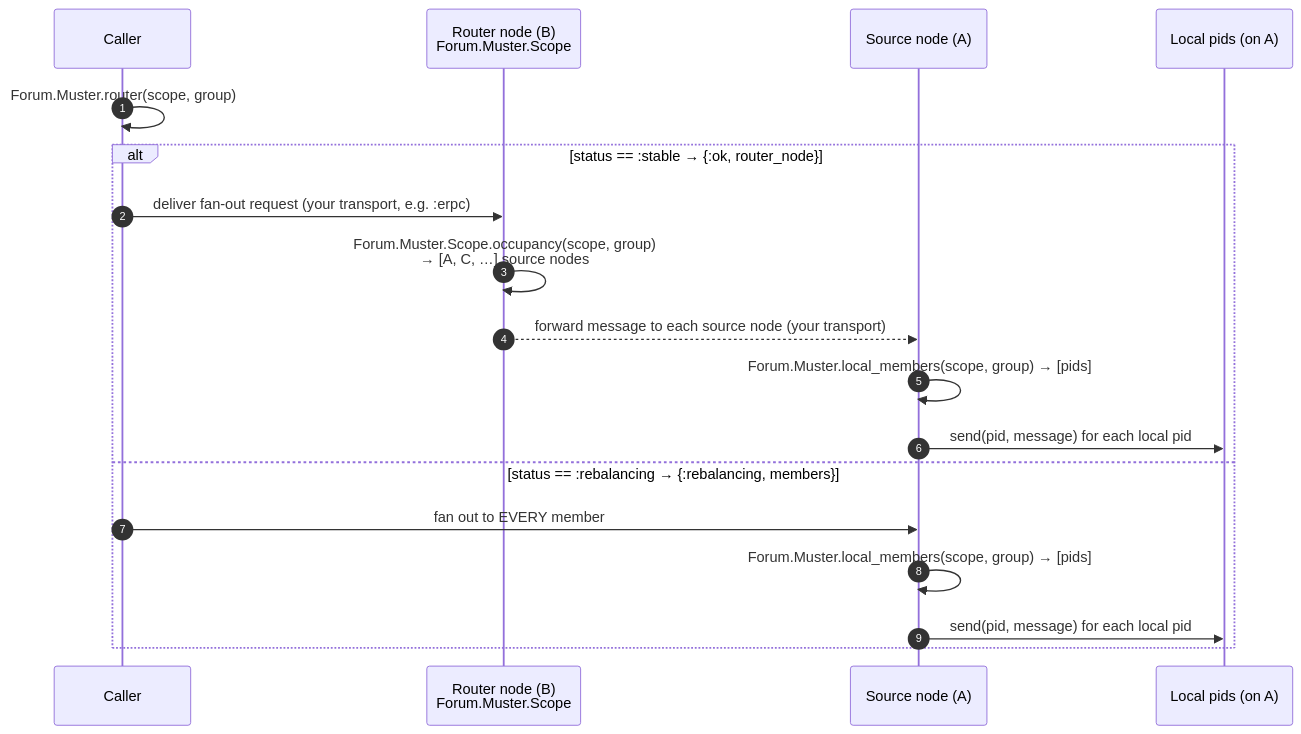
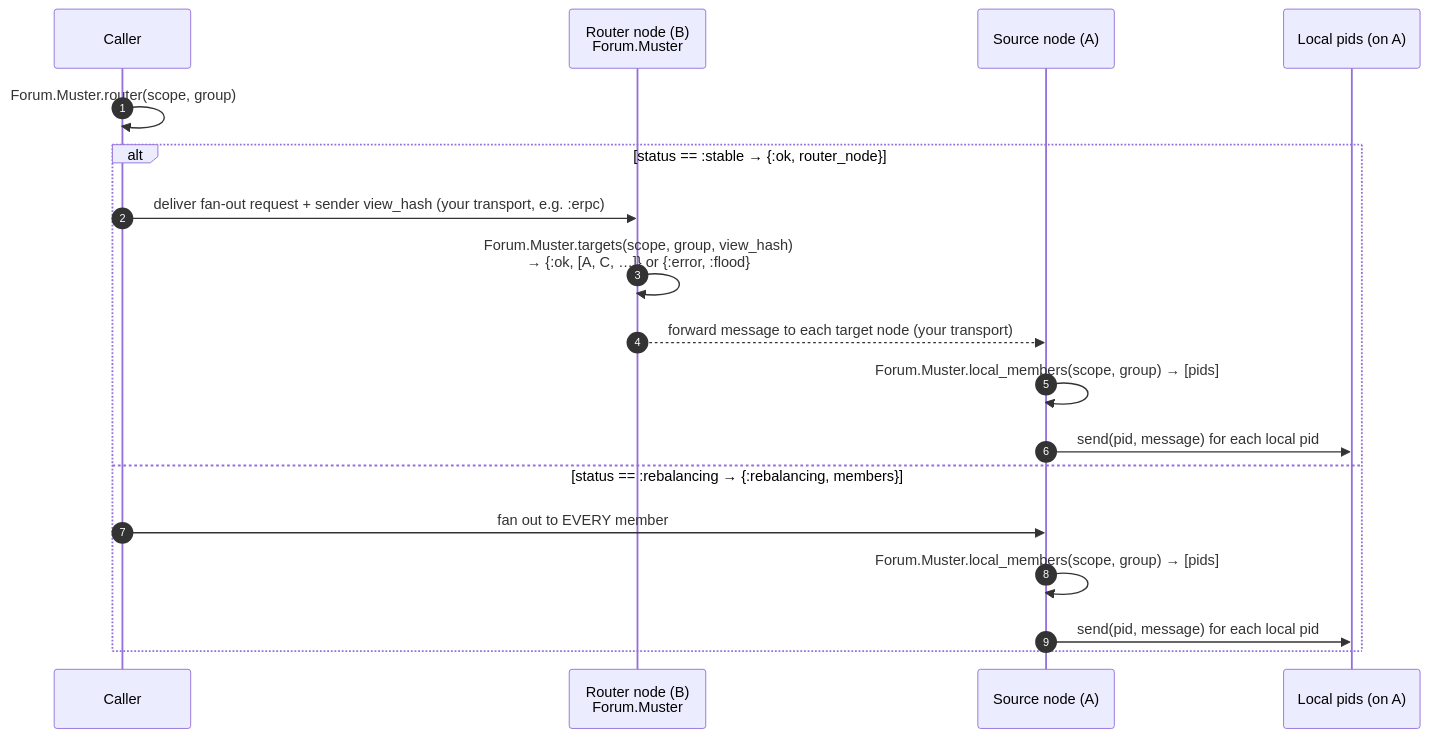
The third of 3 diagrams in forum/docs/muster-broadcast.md (supabase/realtime), drawn with Mermaid before and after one commit. The commit also changed other lines of this file and 4 other files, not shown here.

Commit message:
feat: add Muster.targets/3

````diff
--- a/forum/docs/muster-broadcast.md
+++ b/forum/docs/muster-broadcast.md
@@ -86,22 +96,22 @@
 ```mermaid
 sequenceDiagram
     autonumber
     participant Caller
-    participant Router as Router node (B)<br/>Forum.Muster.Scope
+    participant Router as Router node (B)<br/>Forum.Muster
     participant Src as Source node (A)
     participant Pid as Local pids (on A)
 
     Caller->>Caller: Forum.Muster.router(scope, group)
 
     alt status == :stable → {:ok, router_node}
-        Caller->>Router: deliver fan-out request (your transport, e.g. :erpc)
-        Router->>Router: Forum.Muster.Scope.occupancy(scope, group)<br/>→ [A, C, …] source nodes
-        Router-->>Src: forward message to each source node (your transport)
+        Caller->>Router: deliver fan-out request + sender view_hash (your transport, e.g. :erpc)
+        Router->>Router: Forum.Muster.targets(scope, group, view_hash)<br/>→ {:ok, [A, C, …]} or {:error, :flood}
+        Router-->>Src: forward message to each target node (your transport)
         Src->>Src: Forum.Muster.local_members(scope, group) → [pids]
         Src->>Pid: send(pid, message) for each local pid
     else status == :rebalancing → {:rebalancing, members}
         Caller->>Src: fan out to EVERY member
         Src->>Src: Forum.Muster.local_members(scope, group) → [pids]
         Src->>Pid: send(pid, message) for each local pid
     end
 ```
````
